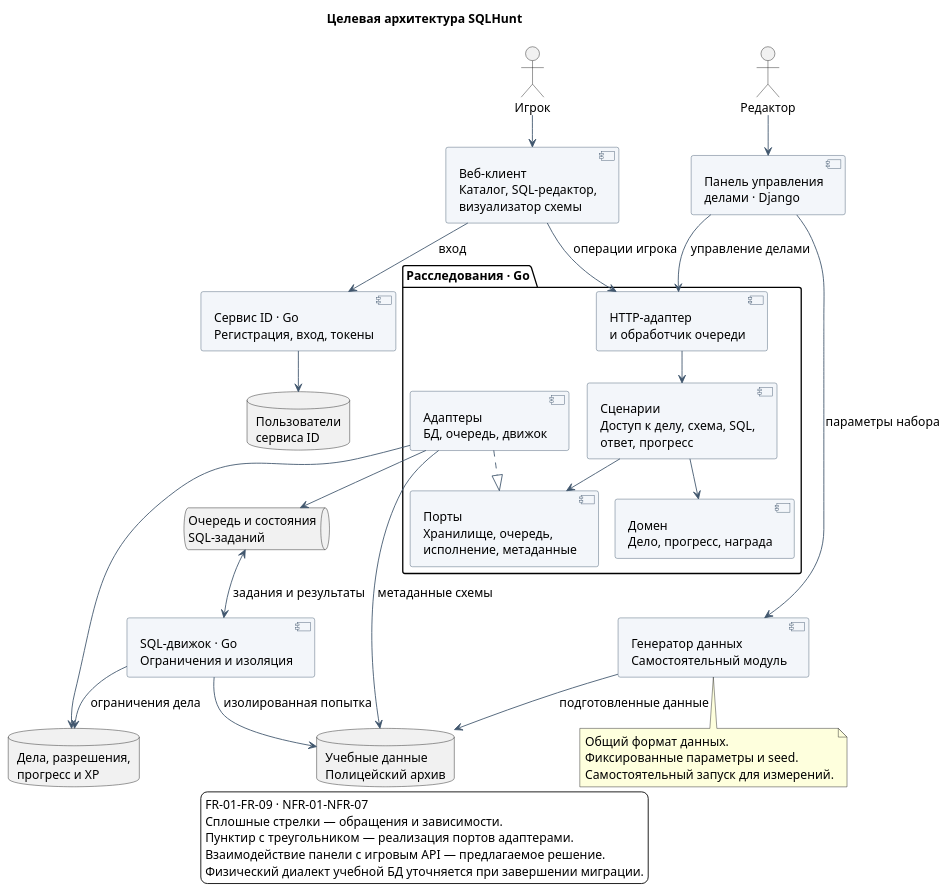
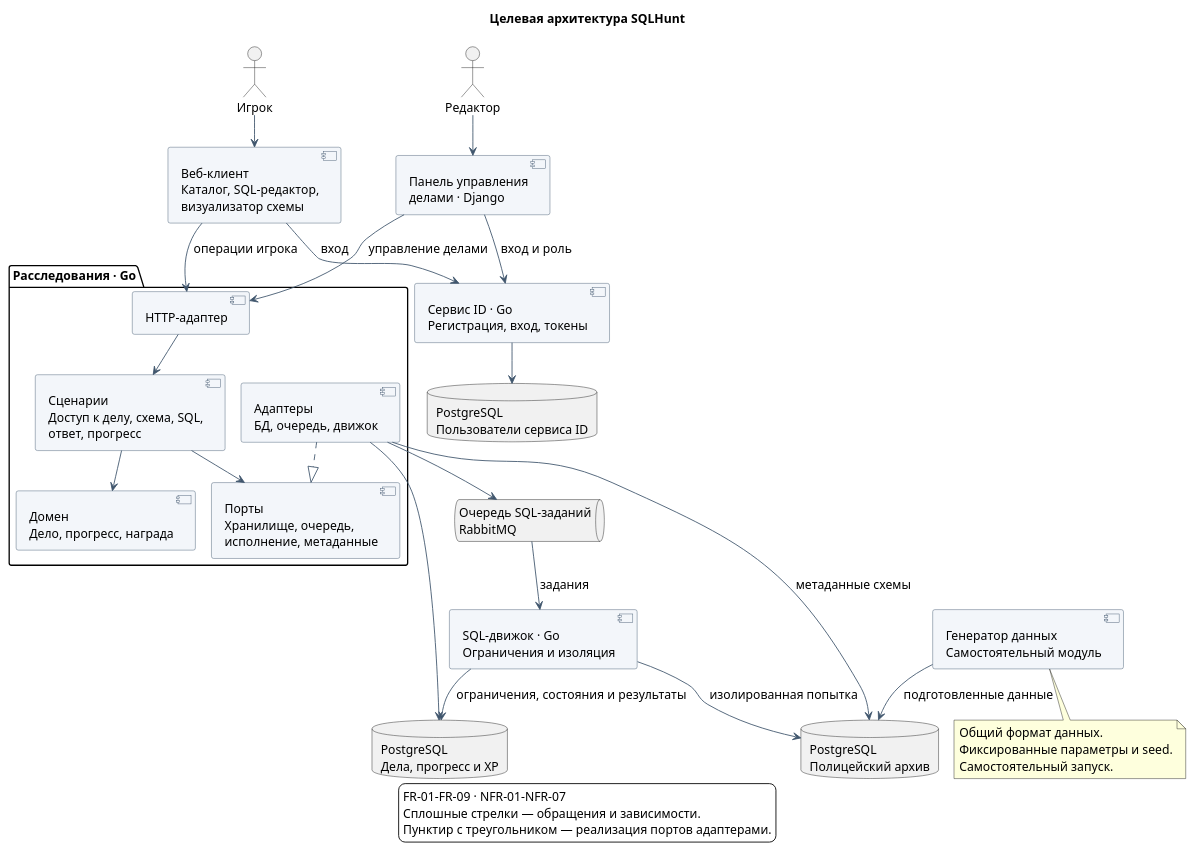
Before and after one commit to cicada-pops/vkr: the diagram in assets/system-components.puml, drawn with PlantUML. The commit also changed 17 other files, not shown here.

```diff
--- a/assets/system-components.puml
+++ b/assets/system-components.puml
@@ -1,63 +1,61 @@
 @startuml
 !pragma layout smetana
 skinparam defaultFontName Arial
 skinparam defaultFontSize 14
 skinparam backgroundColor white
 skinparam shadowing false
 skinparam componentStyle uml2
 skinparam componentBackgroundColor #F3F6FA
 skinparam componentBorderColor #40566D
 skinparam ArrowColor #40566D
 skinparam packageBackgroundColor white
 skinparam nodesep 35
 skinparam ranksep 45
 title Целевая архитектура SQLHunt
 actor Игрок
 actor Редактор
 component "Веб-клиент\nКаталог, SQL-редактор,\nвизуализатор схемы" as Web
 component "Панель управления\nделами · Django" as Admin
 component "Сервис ID · Go\nРегистрация, вход, токены" as ID
 package "Расследования · Go" {
-  component "HTTP-адаптер\nи обработчик очереди" as In
+  component "HTTP-адаптер" as In
   component "Сценарии\nДоступ к делу, схема, SQL,\nответ, прогресс" as Use
   component "Домен\nДело, прогресс, награда" as Domain
   component "Порты\nХранилище, очередь,\nисполнение, метаданные" as Ports
   component "Адаптеры\nБД, очередь, движок" as Out
   In --> Use
   Use --> Domain
   Use --> Ports
   Out ..|> Ports
 }
 component "SQL-движок · Go\nОграничения и изоляция" as Engine
 component "Генератор данных\nСамостоятельный модуль" as Generator
-queue "Очередь и состояния\nSQL-заданий" as Queue
-database "Пользователи\nсервиса ID" as Users
-database "Дела, разрешения,\nпрогресс и XP" as Game
-database "Учебные данные\nПолицейский архив" as Training
+queue "Очередь SQL-заданий\nRabbitMQ" as Queue
+database "PostgreSQL\nПользователи сервиса ID" as Users
+database "PostgreSQL\nДела, прогресс и XP" as Game
+database "PostgreSQL\nПолицейский архив" as Training
 Игрок --> Web
 Редактор --> Admin
 Web --> ID : вход
+Admin --> ID : вход и роль
 ID --> Users
 Web --> In : операции игрока
 Admin --> In : управление делами
-Admin --> Generator : параметры набора
 Generator --> Training : подготовленные данные
 Out --> Game
 Out --> Queue
-Queue <--> Engine : задания и результаты
+Queue --> Engine : задания
 Engine --> Training : изолированная попытка
-Engine --> Game : ограничения дела
+Engine --> Game : ограничения, состояния и результаты
 Out --> Training : метаданные схемы
 note bottom of Generator
   Общий формат данных.
   Фиксированные параметры и seed.
-  Самостоятельный запуск для измерений.
+  Самостоятельный запуск.
 end note
 legend bottom
   FR-01–FR-09 · NFR-01–NFR-07
   Сплошные стрелки — обращения и зависимости.
   Пунктир с треугольником — реализация портов адаптерами.
-  Взаимодействие панели с игровым API — предлагаемое решение.
-  Физический диалект учебной БД уточняется при завершении миграции.
 endlegend
 @enduml
```
